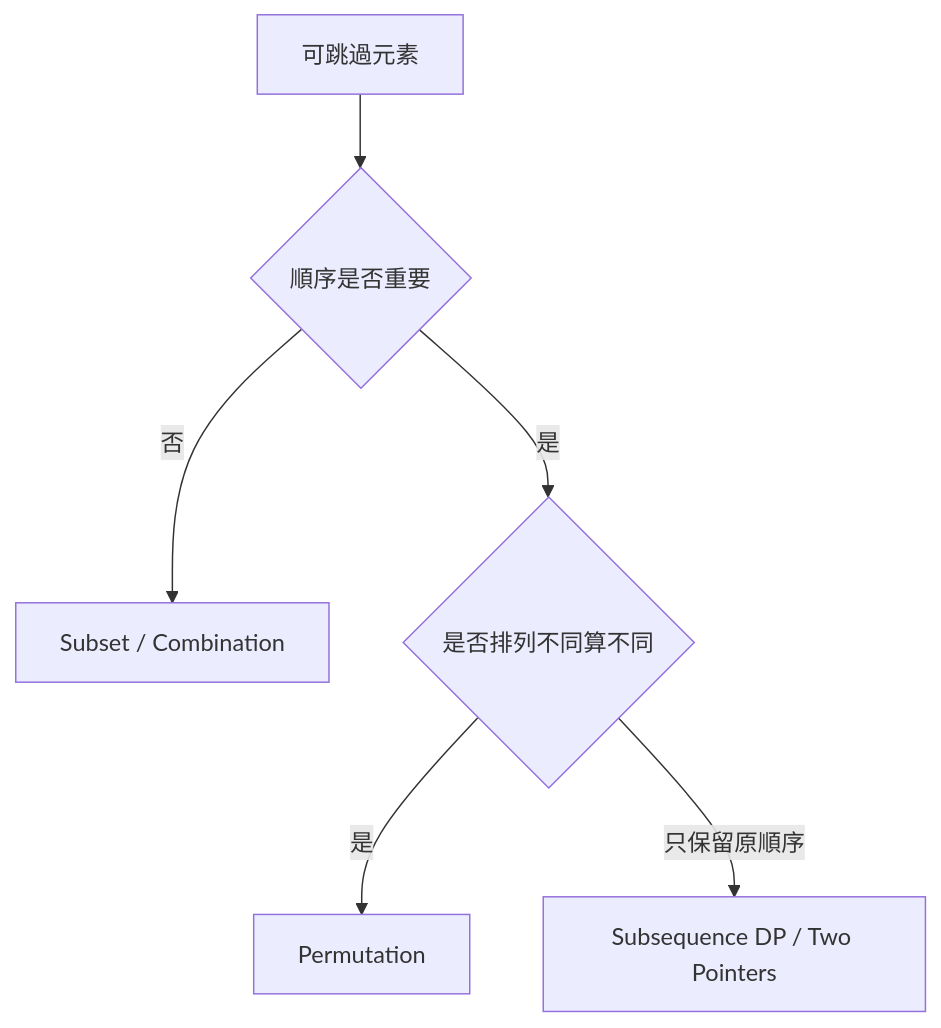
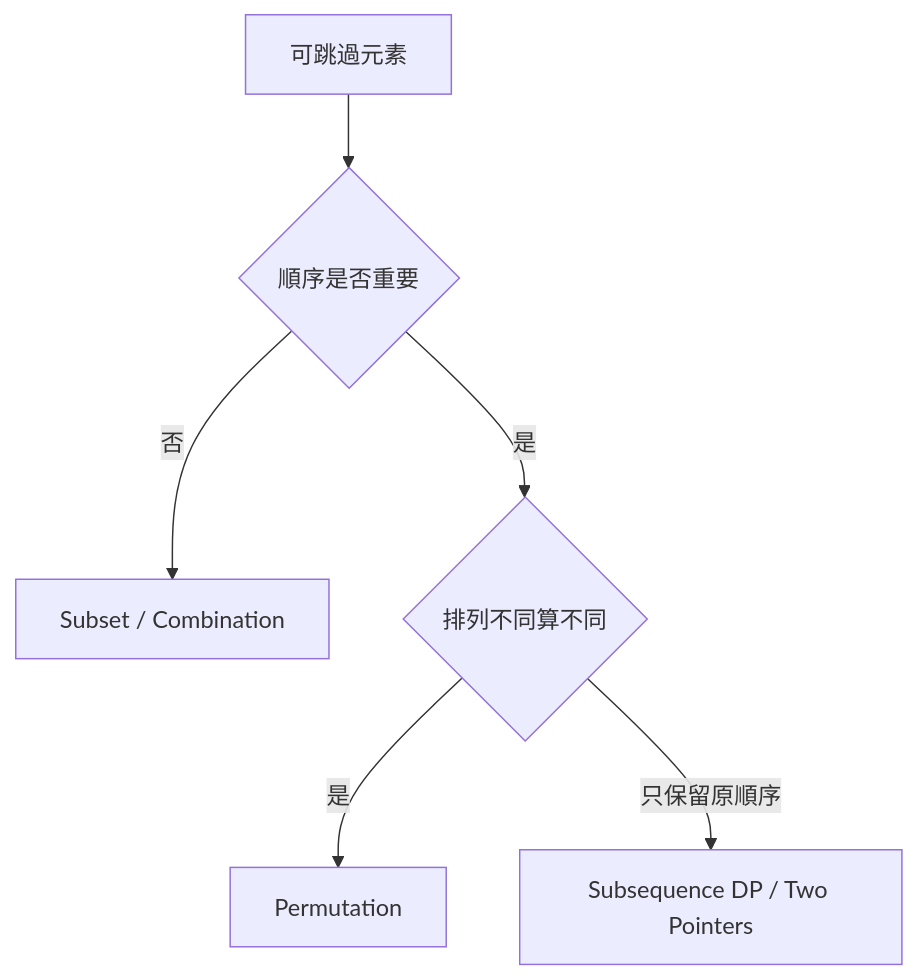
Before and after one commit to davidchen0970/algorithm_note: the fifth of 10 diagrams in 12_problem_solving/52_tool_selection.md, drawn with Mermaid. The commit also changed other lines of this file and 7 other files, not shown here.

````diff
--- a/12_problem_solving/52_tool_selection.md
+++ b/12_problem_solving/52_tool_selection.md
@@ -95,8 +245,8 @@
 ```mermaid
 flowchart TD
-    A[可跳過元素] --> B{順序是否重要}
-    B -->|否| C[Subset / Combination]
-    B -->|是| D{是否排列不同算不同}
-    D -->|是| E[Permutation]
-    D -->|只保留原順序| F[Subsequence DP / Two Pointers]
+    A["可跳過元素"] --> B{"順序是否重要"}
+    B -->|否| C["Subset / Combination"]
+    B -->|是| D{"排列不同算不同"}
+    D -->|是| E["Permutation"]
+    D -->|只保留原順序| F["Subsequence DP / Two Pointers"]
 ```
````
